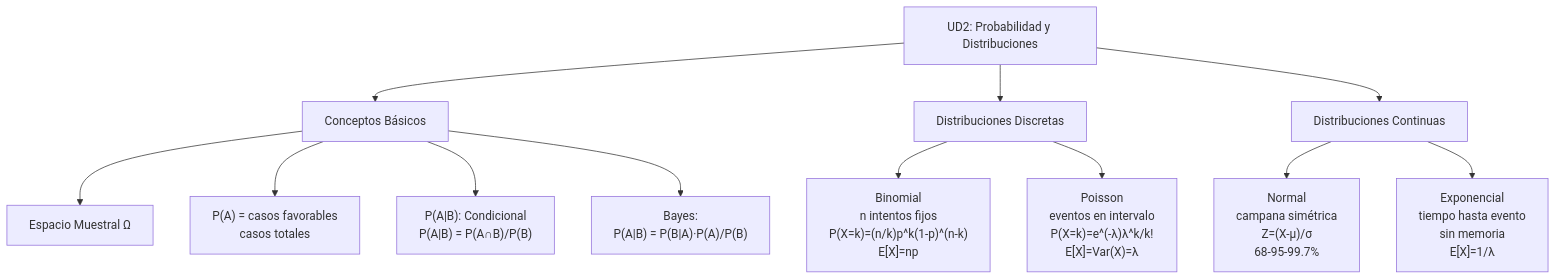
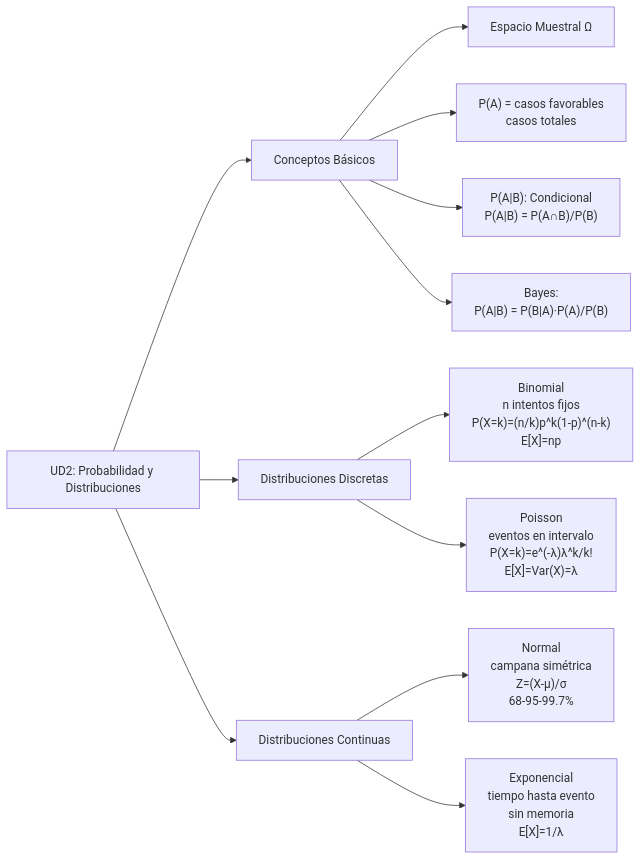
Before and after one commit to raul-drupal-dev/uax-estadistica-I: the diagram in docs/ud2/resumen.md, drawn with Mermaid. The commit also changed other lines of this file and 5 other files, not shown here.

````diff
--- a/docs/ud2/resumen.md
+++ b/docs/ud2/resumen.md
@@ -14,17 +14,17 @@
 ```mermaid
-graph TD
+graph LR
     A["UD2: Probabilidad y Distribuciones"] --> B["Conceptos Básicos"]
     A --> C["Distribuciones Discretas"]
     A --> D["Distribuciones Continuas"]
 
     B --> B1["Espacio Muestral Ω"]
     B --> B2["P(A) = casos favorables<br/>casos totales"]
     B --> B3["P(A|B): Condicional<br/>P(A|B) = P(A∩B)/P(B)"]
     B --> B4["Bayes:<br/>P(A|B) = P(B|A)·P(A)/P(B)"]
 
     C --> C1["Binomial<br/>n intentos fijos<br/>P(X=k)=(n/k)p^k(1-p)^(n-k)<br/>E[X]=np"]
     C --> C2["Poisson<br/>eventos en intervalo<br/>P(X=k)=e^(-λ)λ^k/k!<br/>E[X]=Var(X)=λ"]
 
     D --> D1["Normal<br/>campana simétrica<br/>Z=(X-μ)/σ<br/>68-95-99.7%"]
     D --> D2["Exponencial<br/>tiempo hasta evento<br/>sin memoria<br/>E[X]=1/λ"]
 ```
````
